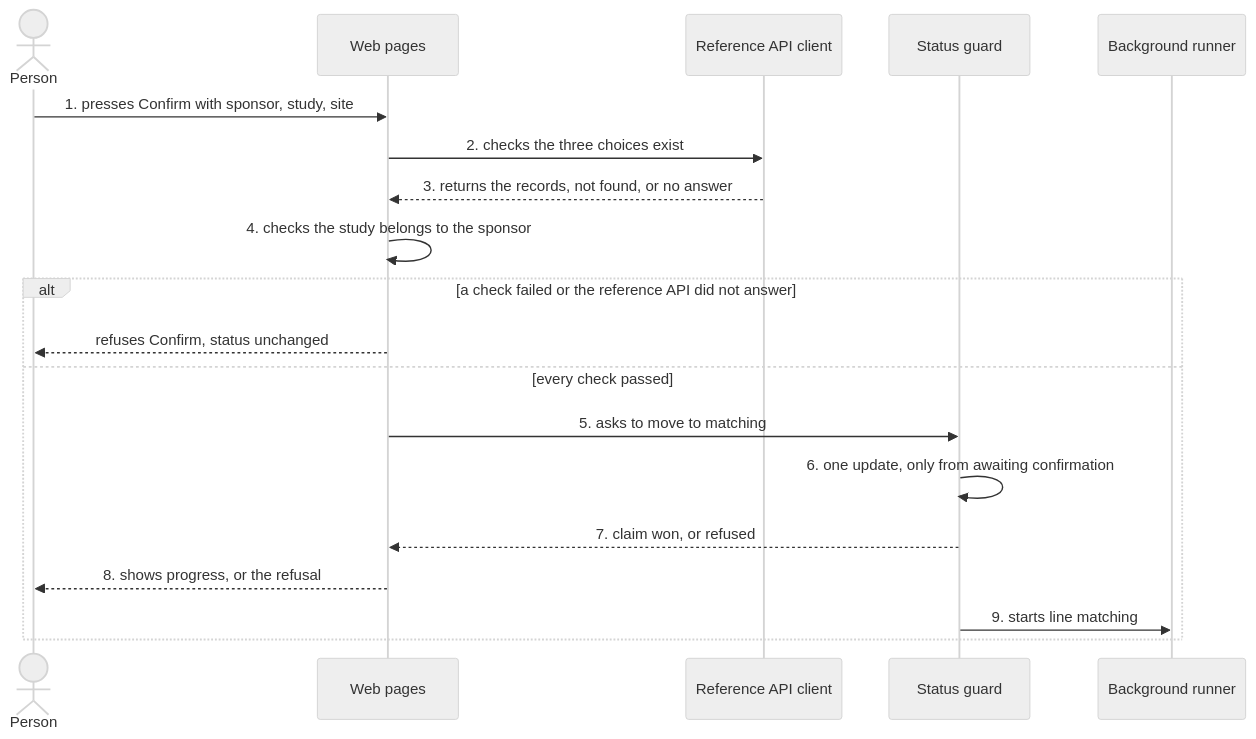
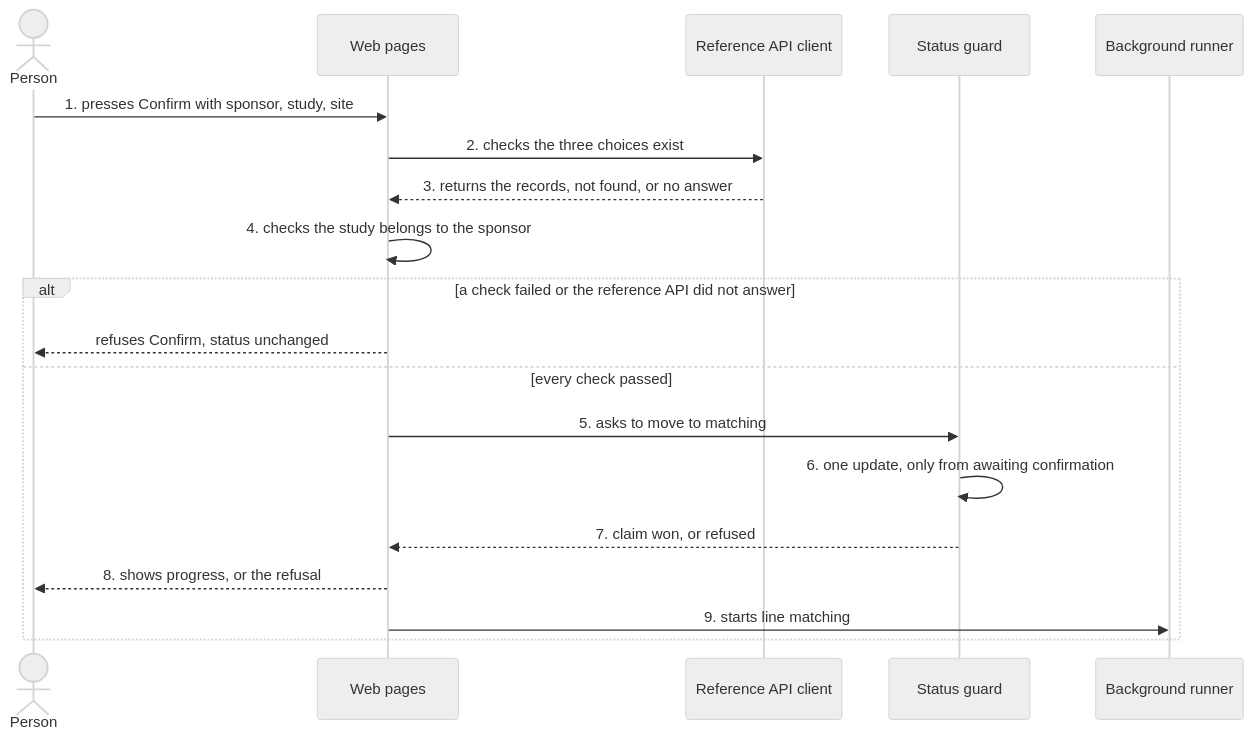
The fifth of 14 diagrams in docs/ARCHITECTURE.md (lucycchi/ai-invoice-ingestion-platform), drawn with Mermaid (neutral theme) before and after one commit. The commit also changed other lines of this file and 12 other files, not shown here.

````diff
--- a/docs/ARCHITECTURE.md
+++ b/docs/ARCHITECTURE.md
@@ -319,22 +326,22 @@
 ```mermaid
 sequenceDiagram
     actor U as Person
     participant P as Web pages
     participant A as Reference API client
     participant G as Status guard
     participant R as Background runner
 
     U->>P: 1. presses Confirm with sponsor, study, site
     P->>A: 2. checks the three choices exist
     A-->>P: 3. returns the records, not found, or no answer
     P->>P: 4. checks the study belongs to the sponsor
     alt a check failed or the reference API did not answer
         P-->>U: refuses Confirm, status unchanged
     else every check passed
         P->>G: 5. asks to move to matching
         G->>G: 6. one update, only from awaiting confirmation
         G-->>P: 7. claim won, or refused
         P-->>U: 8. shows progress, or the refusal
-        G->>R: 9. starts line matching
+        P->>R: 9. starts line matching
     end
 ```
````
